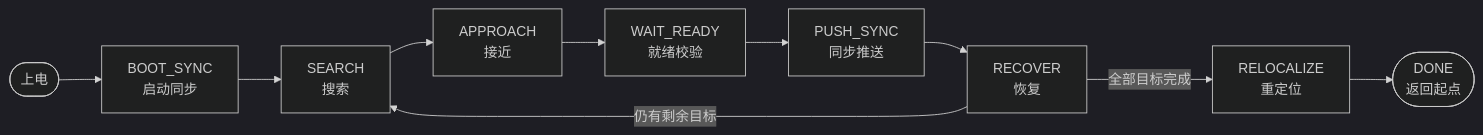
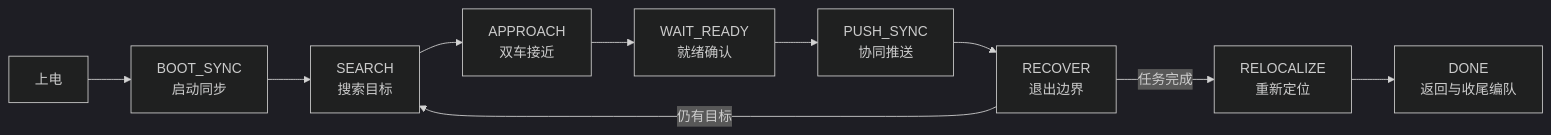
Before and after one commit to nutshell114514/TU-Smart2026: the diagram in README.md, drawn with Mermaid (dark theme). The commit also changed other lines of this file, not shown here.

````diff
--- a/README.md
+++ b/README.md
@@ -36,12 +18,12 @@
 ```mermaid
 flowchart LR
-    START([上电]) --> BOOT[BOOT_SYNC<br/>启动同步]
-    BOOT --> SEARCH[SEARCH<br/>搜索]
-    SEARCH --> APPROACH[APPROACH<br/>接近]
-    APPROACH --> WAIT[WAIT_READY<br/>就绪校验]
-    WAIT --> PUSH[PUSH_SYNC<br/>同步推送]
-    PUSH --> RECOVER[RECOVER<br/>恢复]
-    RECOVER -->|仍有剩余目标| SEARCH
-    RECOVER -->|全部目标完成| RELOC[RELOCALIZE<br/>重定位]
-    RELOC --> DONE([DONE<br/>返回起点])
+    A[上电] --> B[BOOT_SYNC<br/>启动同步]
+    B --> C[SEARCH<br/>搜索目标]
+    C --> D[APPROACH<br/>双车接近]
+    D --> E[WAIT_READY<br/>就绪确认]
+    E --> F[PUSH_SYNC<br/>协同推送]
+    F --> G[RECOVER<br/>退出边界]
+    G -->|仍有目标| C
+    G -->|任务完成| H[RELOCALIZE<br/>重新定位]
+    H --> I[DONE<br/>返回与收尾编队]
 ```
````
